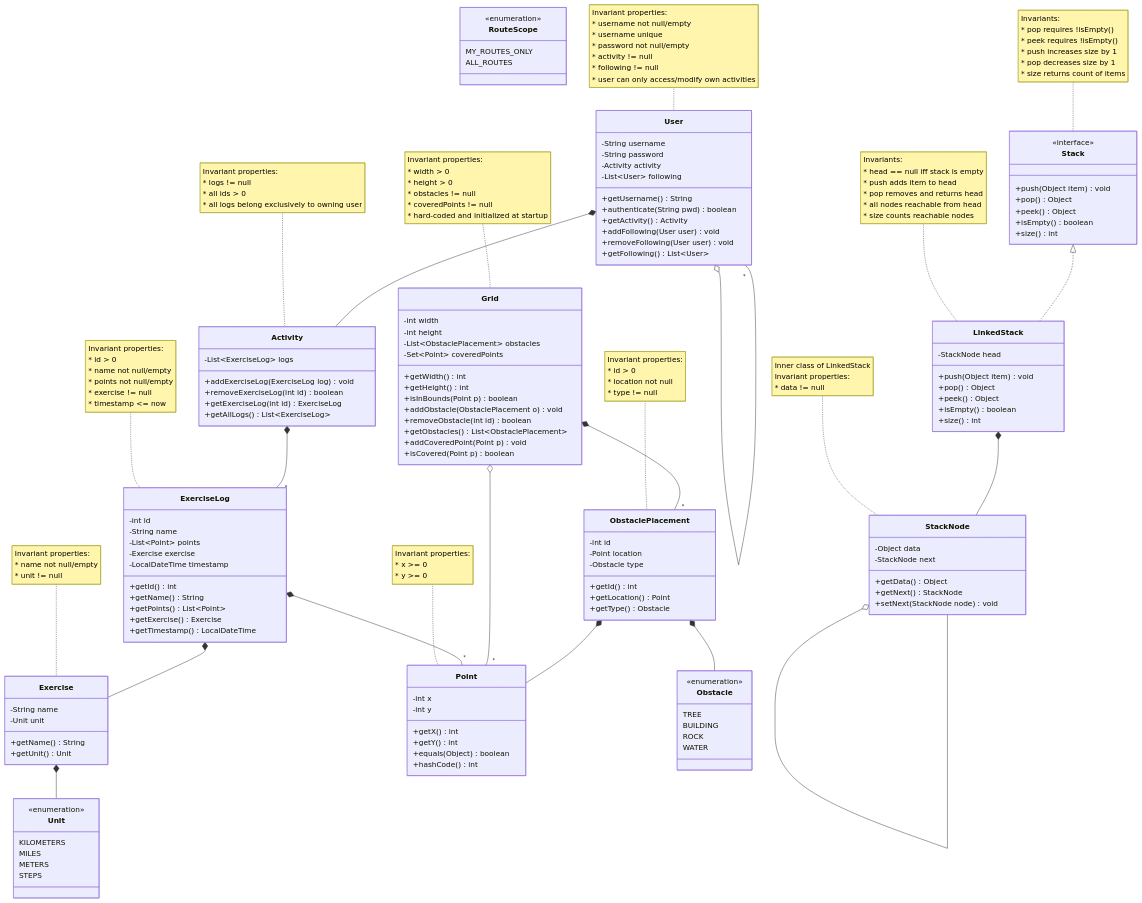
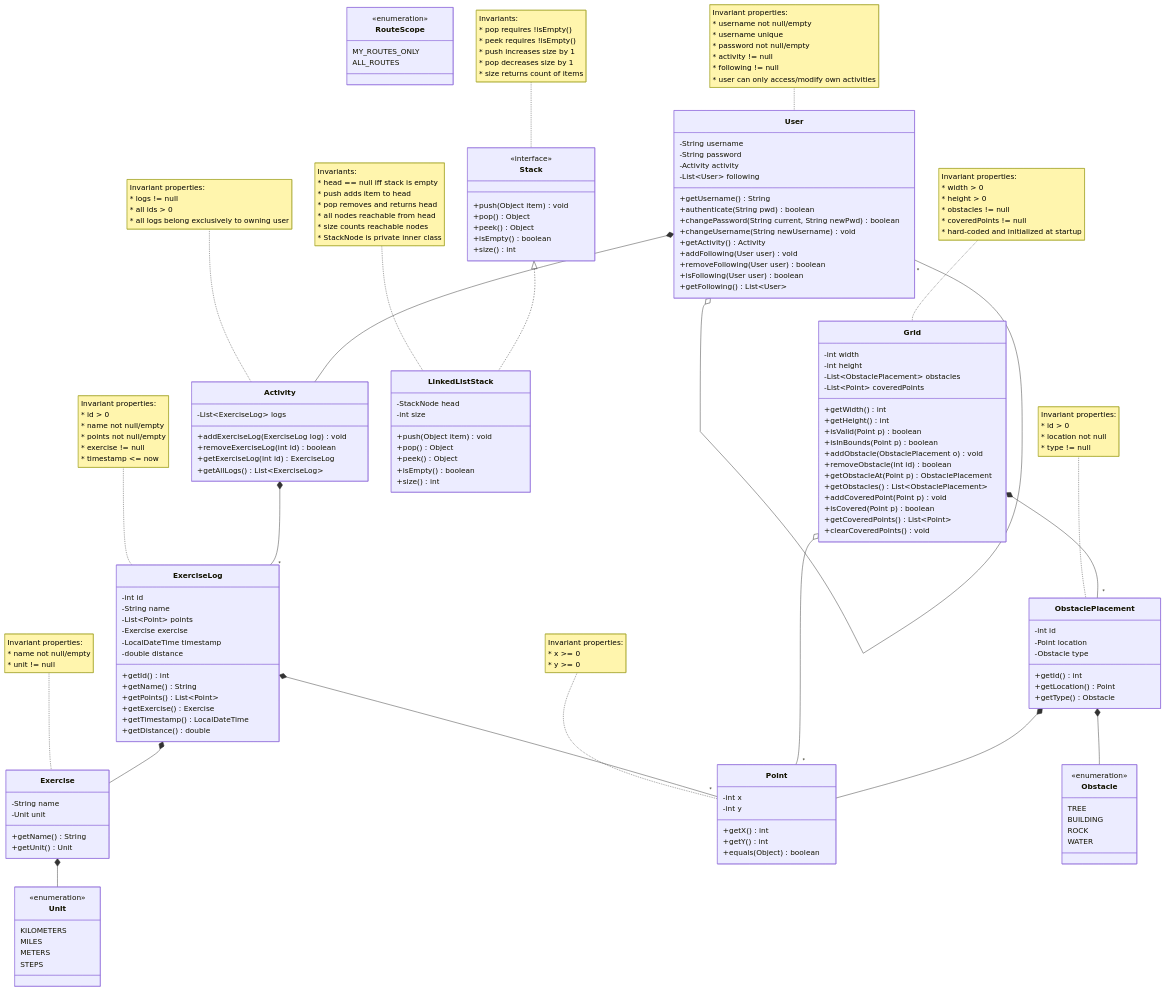
The eighth of 8 diagrams in README.md (Karan4248/Exercise-Tracker), drawn with Mermaid before and after one commit. The commit also changed other lines of this file and 15 other files, not shown here.

```diff
--- a/README.md
+++ b/README.md
@@ -216,9 +214,12 @@
         
         +getUsername() String
         +authenticate(String pwd) boolean
+        +changePassword(String current, String newPwd) boolean
+        +changeUsername(String newUsername) void
         +getActivity() Activity
         +addFollowing(User user) void
-        +removeFollowing(User user) void
+        +removeFollowing(User user) boolean
+        +isFollowing(User user) boolean
         +getFollowing() List~User~
     }
     
@@ -252,12 +253,14 @@
         -List~Point~ points
         -Exercise exercise
         -LocalDateTime timestamp
+        -double distance
         
         +getId() int
         +getName() String
         +getPoints() List~Point~
         +getExercise() Exercise
         +getTimestamp() LocalDateTime
+        +getDistance() double
     }
     
     note for ExerciseLog "Invariant properties:
@@ -285,16 +288,20 @@
         -int width
         -int height
         -List~ObstaclePlacement~ obstacles
-        -Set~Point~ coveredPoints
+        -List~Point~ coveredPoints
         
         +getWidth() int
         +getHeight() int
+        +isValid(Point p) boolean
         +isInBounds(Point p) boolean
         +addObstacle(ObstaclePlacement o) void
         +removeObstacle(int id) boolean
+        +getObstacleAt(Point p) ObstaclePlacement
         +getObstacles() List~ObstaclePlacement~
         +addCoveredPoint(Point p) void
         +isCovered(Point p) boolean
+        +getCoveredPoints() List~Point~
+        +clearCoveredPoints() void
     }
 
     class Point {
@@ -304,7 +311,6 @@
         +getX() int
         +getY() int
         +equals(Object) boolean
-        +hashCode() int
     }
     
     note for Point "Invariant properties:
@@ -347,8 +353,9 @@
     
 
 
-    class LinkedStack {
+    class LinkedListStack {
         -StackNode head
+        -int size
         
         +push(Object item) void
         +pop() Object
@@ -357,26 +364,13 @@
         +size() int
     }
     
-    note for LinkedStack "Invariants:
+    note for LinkedListStack "Invariants:
         * head == null iff stack is empty
         * push adds item to head
         * pop removes and returns head
         * all nodes reachable from head
         * size counts reachable nodes
-        "
-
-    class StackNode {
-        -Object data
-        -StackNode next
-        
-        +getData() Object
-        +getNext() StackNode
-        +setNext(StackNode node) void
-    }
-    
-    note for StackNode "Inner class of LinkedStack
-        Invariant properties:
-        * data != null
+        * StackNode is private inner class
         "
 
     class Obstacle {
@@ -416,9 +410,7 @@
     ObstaclePlacement *-- Point
     ObstaclePlacement *-- Obstacle
     
-    LinkedStack *-- StackNode
-    StackNode o-- StackNode
-    Stack <|.. LinkedStack
+    Stack <|.. LinkedListStack
     
     note for Grid "Invariant properties:
         * width > 0
```
